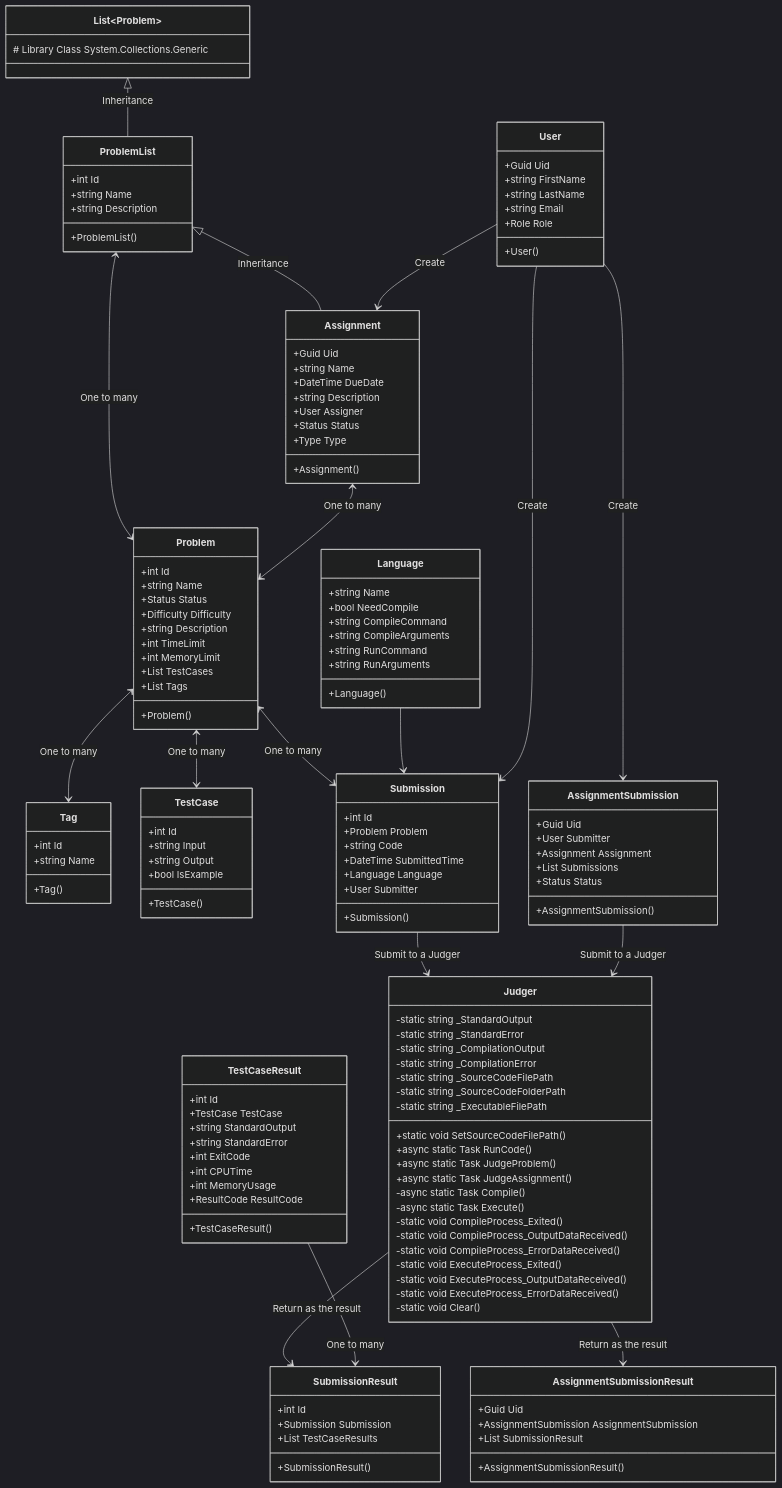
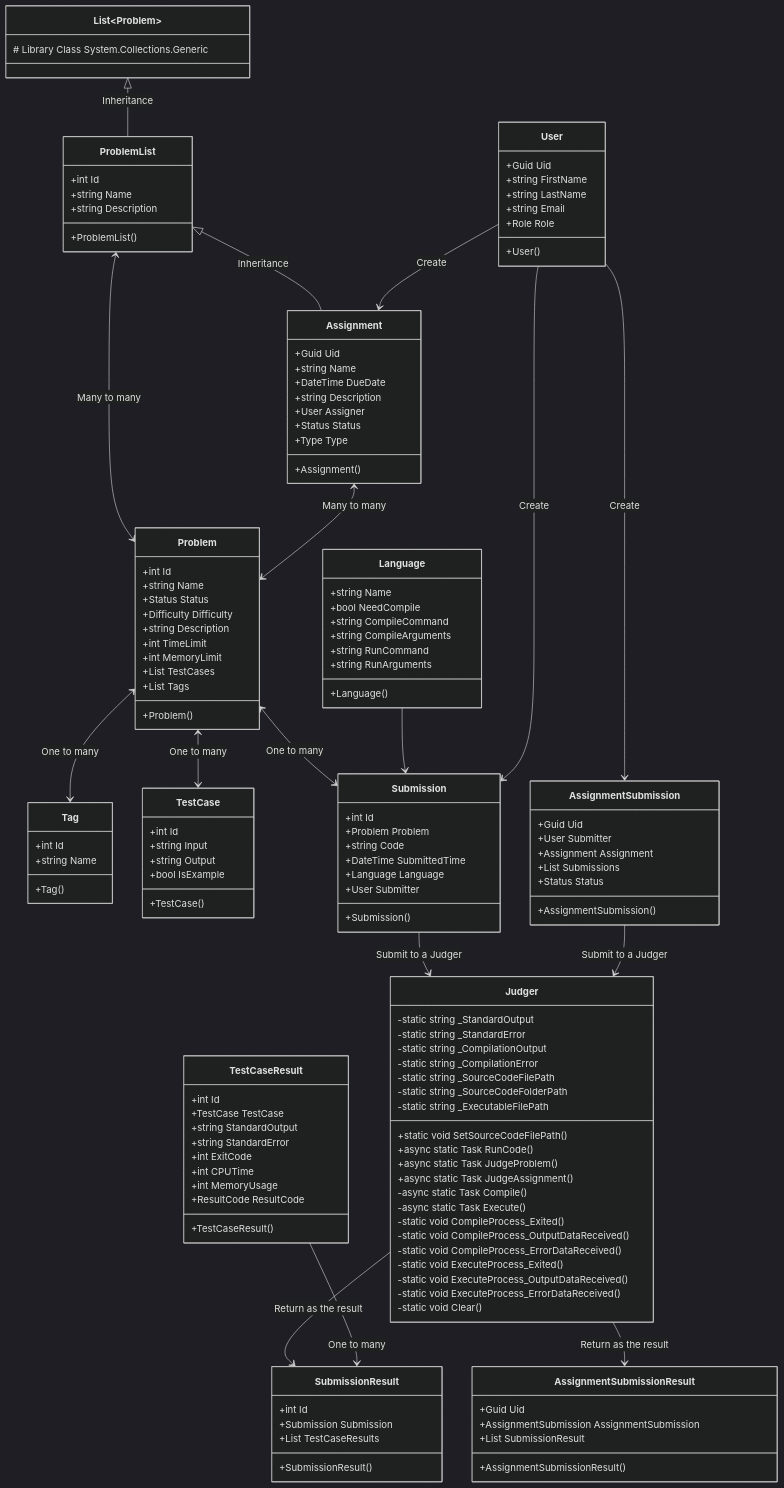
The diagram in report/graphs/classDiagram.mmd (HEIGE-PCloud/Algorithm-Dynamics), drawn with Mermaid (dark theme) before and after one commit. The commit also changed 3 other files, not shown here.

```diff
--- a/report/graphs/classDiagram.mmd
+++ b/report/graphs/classDiagram.mmd
@@ -1,139 +1,139 @@
 classDiagram
     class Tag{
         +int Id
         +string Name
         +Tag()
     }
     class TestCase{
         +int Id
         +string Input
         +string Output
         +bool IsExample
         +TestCase()
     }
     class Problem{
         +int Id
         +string Name
         +Status Status
         +Difficulty Difficulty
         +string Description
         +int TimeLimit
         +int MemoryLimit
         +List<TestCase> TestCases
         +List<Tag> Tags
         +Problem()
     }
     class List~Problem~ {
         # Library Class System.Collections.Generic
     }
     class ProblemList{
         +int Id
         +string Name
         +string Description
         +ProblemList()
     }
     class Assignment{
         +Guid Uid
         +string Name
         +DateTime DueDate
         +string Description
         +User Assigner
         +Status Status
         +Type Type
         +Assignment()
     }
     class Submission{
         +int Id
         +Problem Problem
         +string Code
         +DateTime SubmittedTime
         +Language Language
         +User Submitter
         +Submission()
     }
     class TestCaseResult {
         +int Id
         +TestCase TestCase
         +string StandardOutput
         +string StandardError
         +int ExitCode
         +int CPUTime
         +int MemoryUsage
         +ResultCode ResultCode
         +TestCaseResult()
     }
     class SubmissionResult{
         +int Id
         +Submission Submission
         +List<TestCaseResult> TestCaseResults
         +SubmissionResult()
     }
     class AssignmentSubmission{
         +Guid Uid
         +User Submitter
         +Assignment Assignment
         +List<Submission> Submissions
         +Status Status
         +AssignmentSubmission()
     }
     class AssignmentSubmissionResult{
         +Guid Uid
         +AssignmentSubmission AssignmentSubmission
         +List<SubmissionResult> SubmissionResult
         +AssignmentSubmissionResult()
     }
     class Judger{
         -static string _StandardOutput
         -static string _StandardError
         -static string _CompilationOutput
         -static string _CompilationError
         -static string _SourceCodeFilePath
         -static string _SourceCodeFolderPath
         -static string _ExecutableFilePath
         +static void SetSourceCodeFilePath()
         +async static Task<SubmissionResult> RunCode()
         +async static Task<SubmissionResult> JudgeProblem()
         +async static Task<AssignmentSubmission> JudgeAssignment()
         -async static Task<int> Compile()
         -async static Task<int> Execute()
         -static void CompileProcess_Exited()
         -static void CompileProcess_OutputDataReceived()
         -static void CompileProcess_ErrorDataReceived()
         -static void ExecuteProcess_Exited()
         -static void ExecuteProcess_OutputDataReceived()
         -static void ExecuteProcess_ErrorDataReceived()
         -static void Clear()
     }
     class User{
         +Guid Uid
         +string FirstName
         +string LastName
         +string Email
         +Role Role
         +User()
     }
     class Language{
         +string Name
         +bool NeedCompile
         +string CompileCommand
         +string CompileArguments
         +string RunCommand
         +string RunArguments
         +Language()
     }
     List <|-- ProblemList: Inheritance
     ProblemList <|-- Assignment: Inheritance
     Submission --> Judger: Submit to a Judger
     Judger -->  SubmissionResult: Return as the result
     Problem <--> Tag:One to many
     Problem <--> TestCase:One to many
     Problem <--> Submission:One to many
     Language --> Submission
-    ProblemList <--> Problem:One to many
-    Assignment <--> Problem:One to many
+    ProblemList <--> Problem:Many to many
+    Assignment <--> Problem:Many to many
     User --> Submission:Create
     User --> Assignment:Create
     User --> AssignmentSubmission:Create
     AssignmentSubmission --> Judger: Submit to a Judger
     Judger -->  AssignmentSubmissionResult: Return as the result
     TestCaseResult --> SubmissionResult: One to many
```
